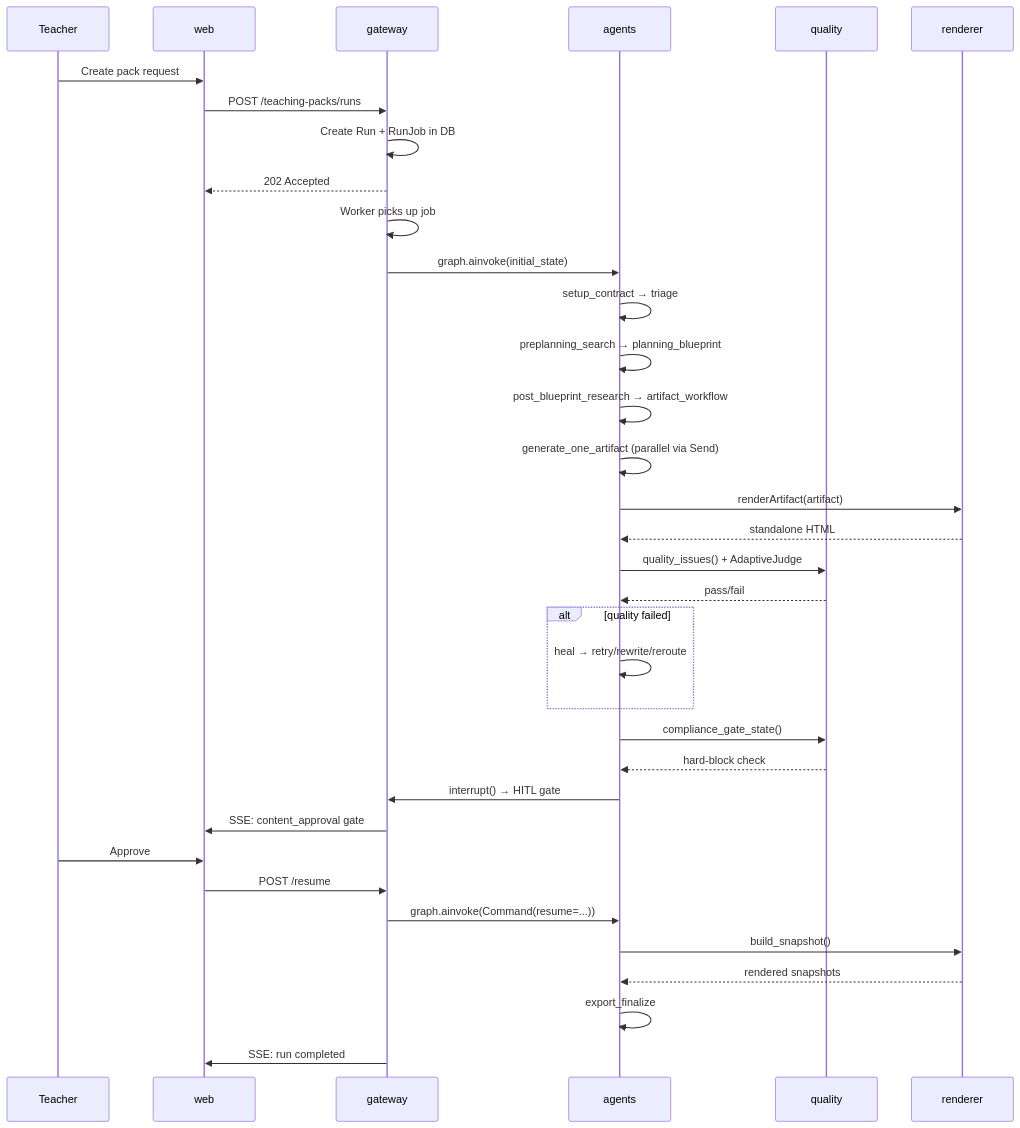
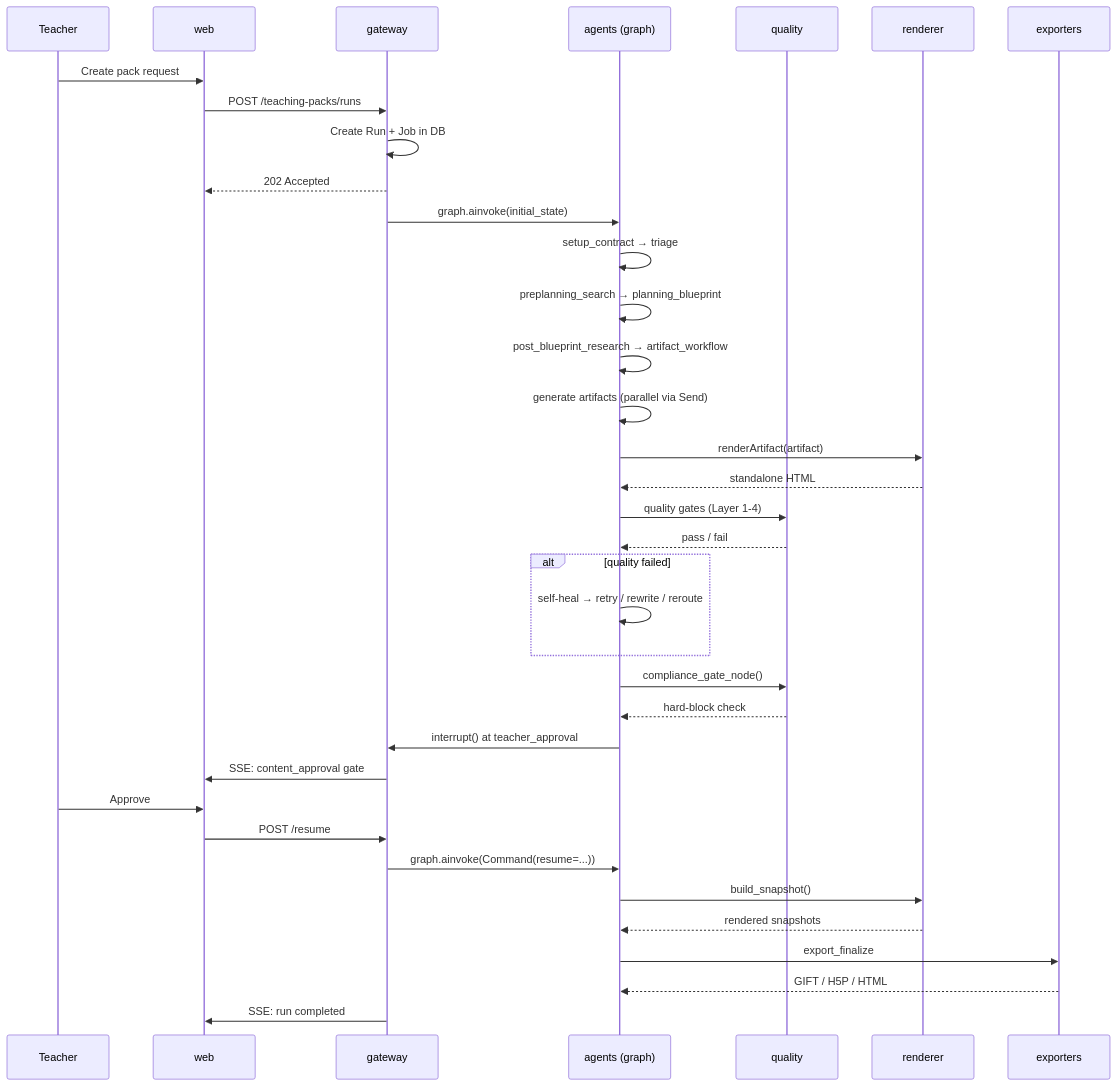
Before and after one commit to maemreyo/oh-my-class: the third of 5 diagrams in docs/anatomy/system-diagram.md, drawn with Mermaid. The commit also changed other lines of this file and 8 other files, not shown here.

````diff
--- a/docs/anatomy/system-diagram.md
+++ b/docs/anatomy/system-diagram.md
@@ -56,38 +93,39 @@
 ```mermaid
 sequenceDiagram
     participant T as Teacher
     participant W as web
     participant G as gateway
-    participant A as agents
+    participant A as agents (graph)
     participant Q as quality
     participant R as renderer
+    participant E as exporters
 
     T->>W: Create pack request
     W->>G: POST /teaching-packs/runs
-    G->>G: Create Run + RunJob in DB
+    G->>G: Create Run + Job in DB
     G-->>W: 202 Accepted
-    G->>G: Worker picks up job
     G->>A: graph.ainvoke(initial_state)
     A->>A: setup_contract → triage
     A->>A: preplanning_search → planning_blueprint
     A->>A: post_blueprint_research → artifact_workflow
-    A->>A: generate_one_artifact (parallel via Send)
+    A->>A: generate artifacts (parallel via Send)
     A->>R: renderArtifact(artifact)
     R-->>A: standalone HTML
-    A->>Q: quality_issues() + AdaptiveJudge
-    Q-->>A: pass/fail
+    A->>Q: quality gates (Layer 1-4)
+    Q-->>A: pass / fail
     alt quality failed
-        A->>A: heal → retry/rewrite/reroute
+        A->>A: self-heal → retry / rewrite / reroute
     end
-    A->>Q: compliance_gate_state()
+    A->>Q: compliance_gate_node()
     Q-->>A: hard-block check
-    A->>G: interrupt() → HITL gate
+    A->>G: interrupt() at teacher_approval
     G->>W: SSE: content_approval gate
     T->>W: Approve
     W->>G: POST /resume
     G->>A: graph.ainvoke(Command(resume=...))
     A->>R: build_snapshot()
     R-->>A: rendered snapshots
-    A->>A: export_finalize
+    A->>E: export_finalize
+    E-->>A: GIFT / H5P / HTML
     G->>W: SSE: run completed
 ```
````
